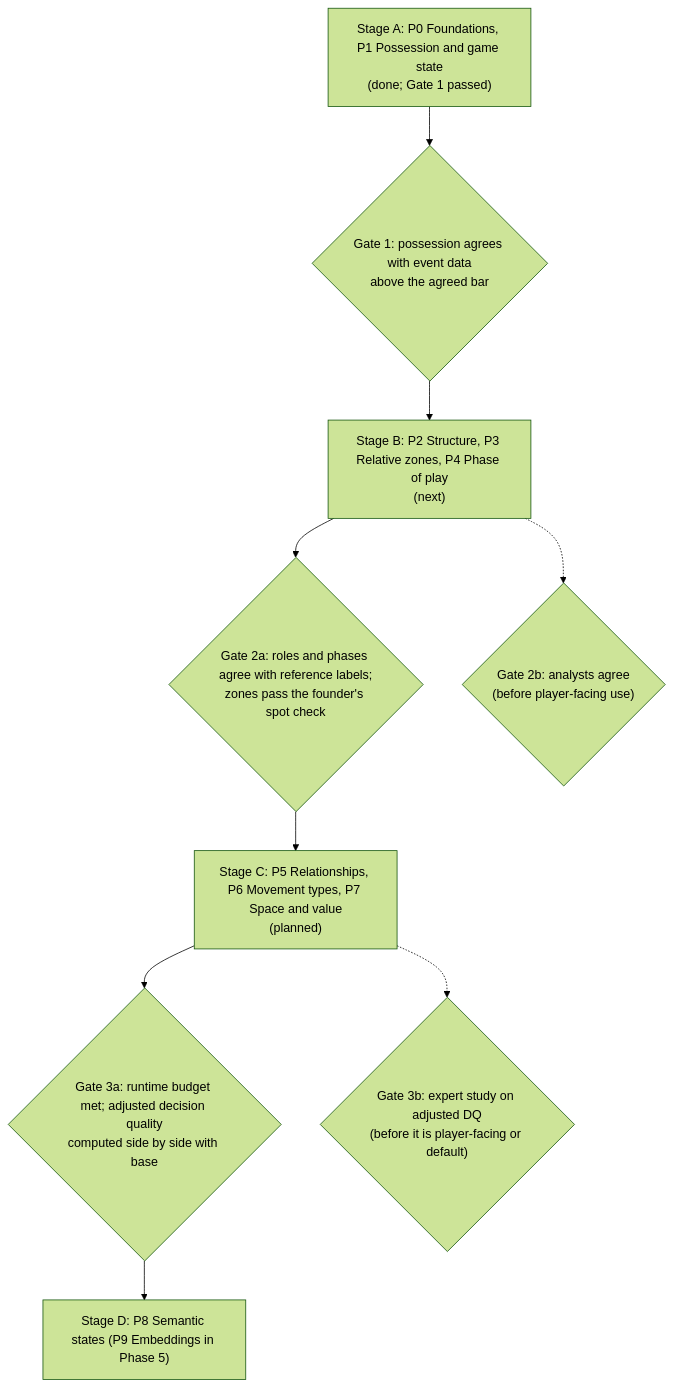
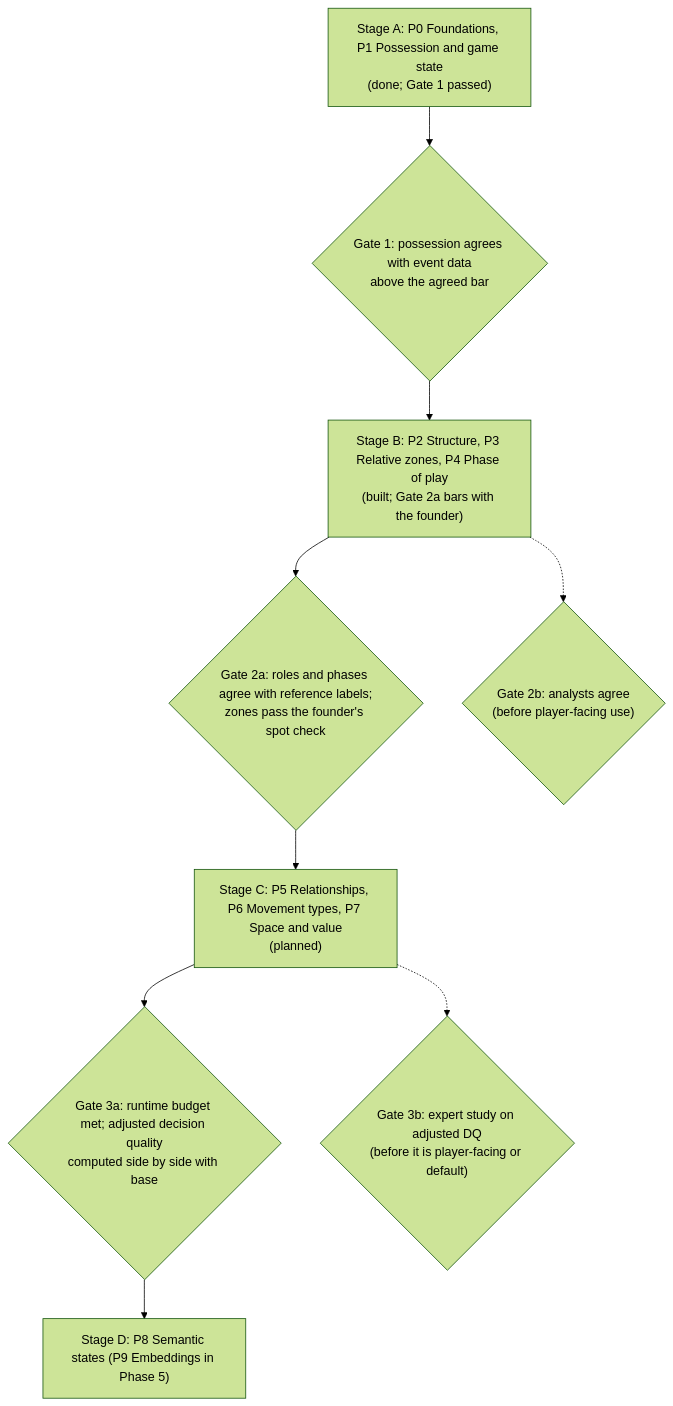
Before and after one commit to cgvgukapps/ponta-blueprint: the diagram in ponta-blueprint/context-packages.md, drawn with Mermaid (forest theme). The commit also changed other lines of this file and 6 other files, not shown here.

First line of the commit message:
Context Stage B built: spec, results and Gate 2a decisions

````diff
--- a/ponta-blueprint/context-packages.md
+++ b/ponta-blueprint/context-packages.md
@@ -76,13 +76,13 @@
 ```mermaid
 flowchart TB
   A["Stage A: P0 Foundations, P1 Possession and game state<br/>(done; Gate 1 passed)"]
   G1{"Gate 1: possession agrees with event data<br/>above the agreed bar"}
-  B["Stage B: P2 Structure, P3 Relative zones, P4 Phase of play<br/>(next)"]
+  B["Stage B: P2 Structure, P3 Relative zones, P4 Phase of play<br/>(built; Gate 2a bars with the founder)"]
   G2{"Gate 2a: roles and phases agree with reference labels;<br/>zones pass the founder's spot check"}
   C["Stage C: P5 Relationships, P6 Movement types, P7 Space and value<br/>(planned)"]
   G3{"Gate 3a: runtime budget met; adjusted decision quality<br/>computed side by side with base"}
   D["Stage D: P8 Semantic states (P9 Embeddings in Phase 5)"]
   A --> G1 --> B --> G2 --> C --> G3 --> D
   B -.-> G2b{"Gate 2b: analysts agree<br/>(before player-facing use)"}
   C -.-> G3b{"Gate 3b: expert study on adjusted DQ<br/>(before it is player-facing or default)"}
 ```
````
